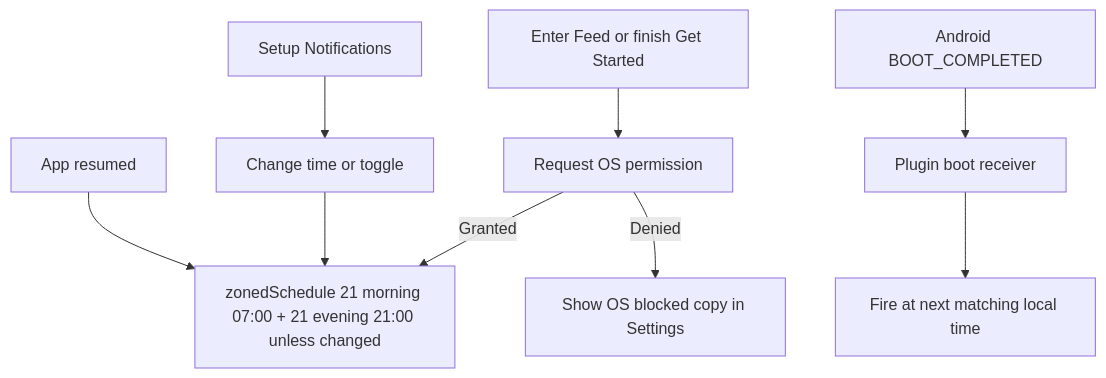
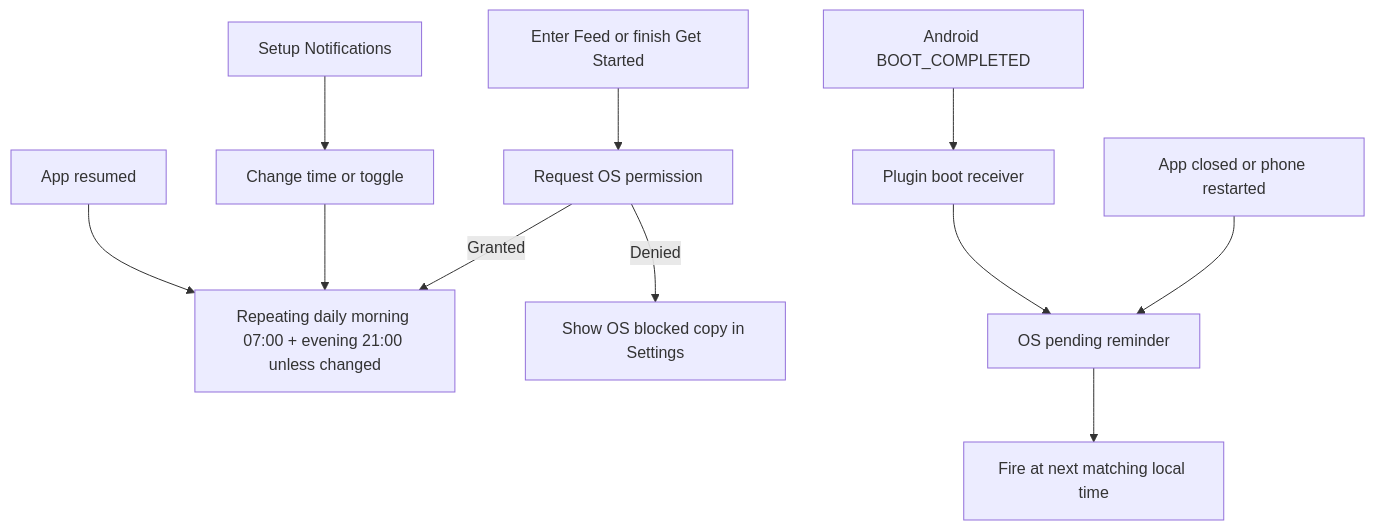
The fourth of 4 diagrams in docs/diagrams/app-flows.md (chingalo-family/slow-journey), drawn with Mermaid before and after one commit. The commit also changed other lines of this file and 9 other files, not shown here.

Commit message:
feat: Enhance user flow for PIN unlock and intentions setup, update notifications and planner documentation

````diff
--- a/docs/diagrams/app-flows.md
+++ b/docs/diagrams/app-flows.md
@@ -54,11 +60,13 @@
 ```mermaid
 flowchart TD
   enter[Enter Feed or finish Get Started] --> perm[Request OS permission]
-  perm -->|Granted| sched[zonedSchedule 21 morning 07:00 + 21 evening 21:00 unless changed]
+  perm -->|Granted| sched[Repeating daily morning 07:00 + evening 21:00 unless changed]
   perm -->|Denied| blocked[Show OS blocked copy in Settings]
   setup[Setup Notifications] --> change[Change time or toggle]
   change --> sched
   resume[App resumed] --> sched
+  closed[App closed or phone restarted] --> os[OS pending reminder]
   boot[Android BOOT_COMPLETED] --> plugin[Plugin boot receiver]
-  plugin --> fire[Fire at next matching local time]
+  plugin --> os
+  os --> fire[Fire at next matching local time]
 ```
````
